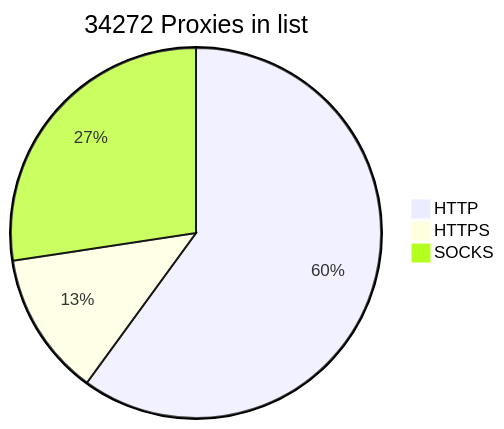
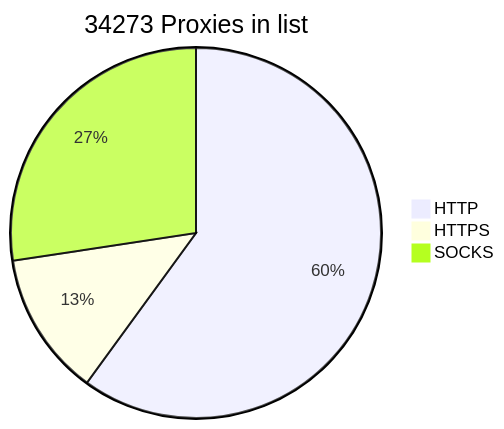
One commit to BlackSnowDot/proxylist-update-every-minute changed the diagram in README.md. Above: the diagram before and after it, drawn with Mermaid.

````diff
--- a/README.md
+++ b/README.md
@@ -2,6 +2,6 @@
 ```mermaid
-pie title 34272 Proxies in list
+pie title 34273 Proxies in list
     "HTTP" : 22785
     "HTTPS": 4779
-    "SOCKS" : 10398
+    "SOCKS" : 10399
 ```
````
